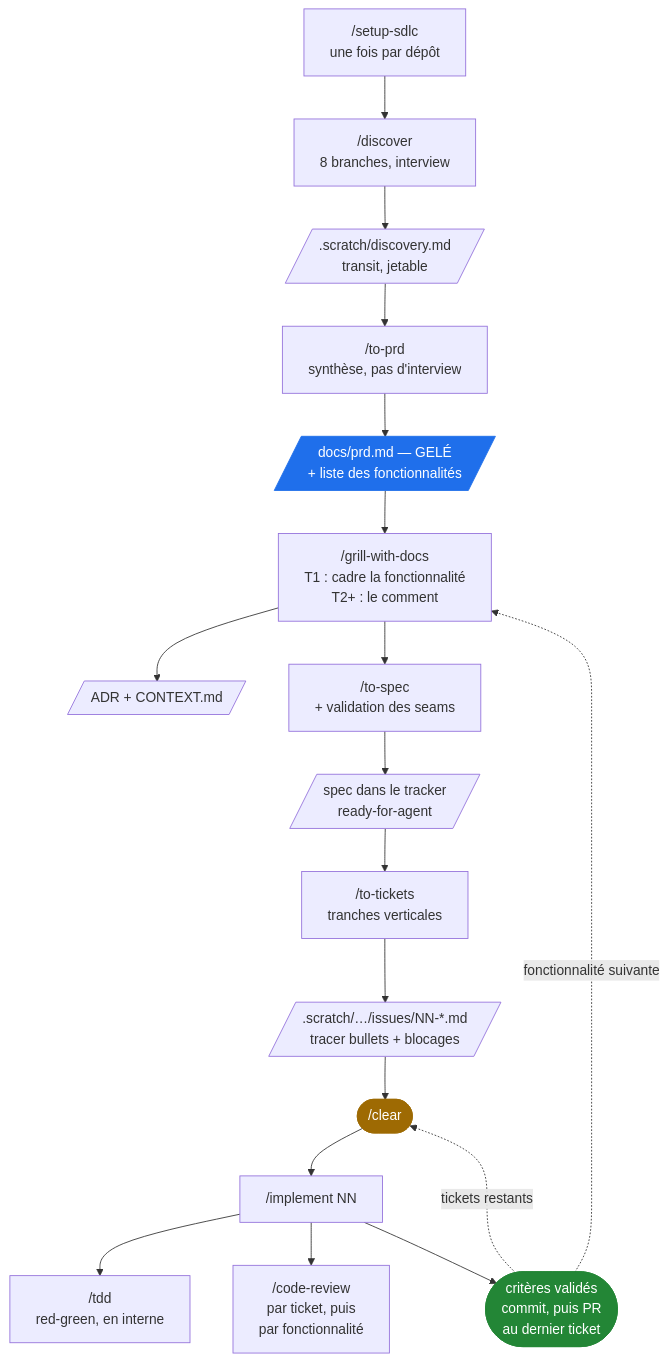
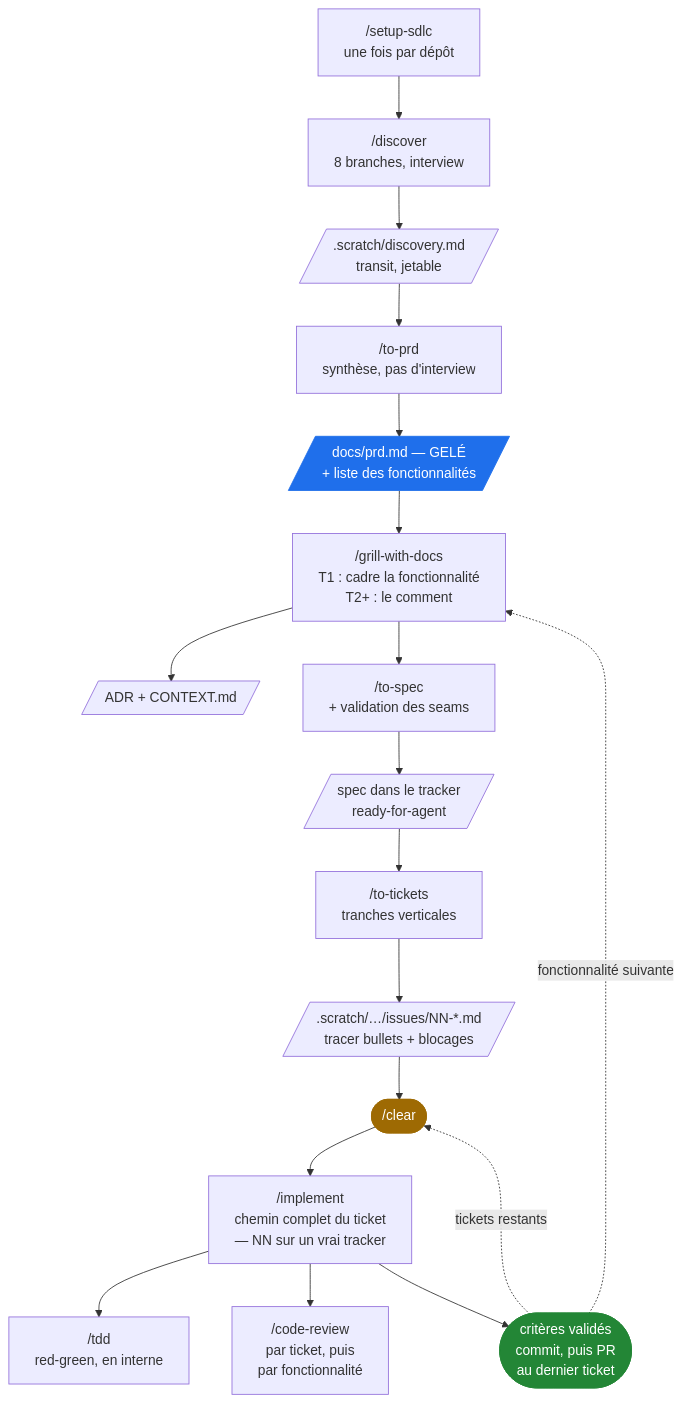
One commit to VFahet/ai-native-sdd-setup changed the first of 2 diagrams in FLUX.md. Above: the diagram before and after it, drawn with Mermaid. The commit also changed other lines of this file and 32 other files, not shown here.

````diff
--- a/FLUX.md
+++ b/FLUX.md
@@ -7,29 +7,29 @@
 ```mermaid
 flowchart TD
     S["/setup-sdlc<br/>une fois par dépôt"]
 
     S --> D["/discover<br/>8 branches, interview"]
     D --> DM[/".scratch/discovery.md<br/>transit, jetable"/]
     DM --> P["/to-prd<br/>synthèse, pas d'interview"]
     P --> PRD[/"docs/prd.md — GELÉ<br/>+ liste des fonctionnalités"/]
 
     PRD --> G["/grill-with-docs<br/>T1 : cadre la fonctionnalité<br/>T2+ : le comment"]
     G --> ADR[/"ADR + CONTEXT.md"/]
     G --> TS["/to-spec<br/>+ validation des seams"]
     TS --> SPEC[/"spec dans le tracker<br/>ready-for-agent"/]
     SPEC --> TT["/to-tickets<br/>tranches verticales"]
     TT --> ISS[/".scratch/…/issues/NN-*.md<br/>tracer bullets + blocages"/]
 
     ISS --> CL(["/clear"])
-    CL --> I["/implement NN"]
+    CL --> I["/implement<br/>chemin complet du ticket<br/>— NN sur un vrai tracker"]
     I --> TDD["/tdd<br/>red-green, en interne"]
     I --> CR["/code-review<br/>par ticket, puis<br/>par fonctionnalité"]
     I --> OK(["critères validés<br/>commit, puis PR<br/>au dernier ticket"])
 
     OK -. "tickets restants" .-> CL
     OK -. "fonctionnalité suivante" .-> G
 
     style PRD fill:#1f6feb,stroke:#1f6feb,color:#fff
     style OK fill:#238636,stroke:#238636,color:#fff
     style CL fill:#9e6a03,stroke:#9e6a03,color:#fff
 ```
````
